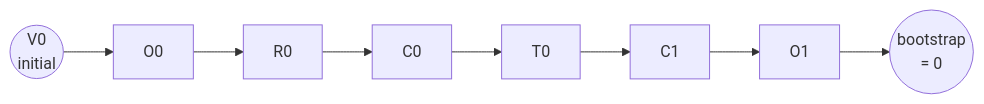
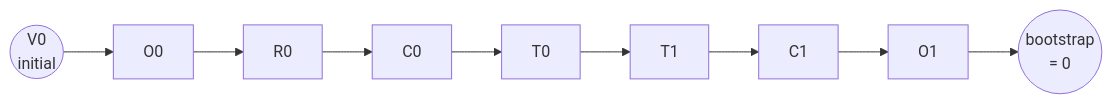
One commit to ketsuzhou/areal-ci changed the third of 8 diagrams in customized_areal/tree_search/agents/README.md. Above: the diagram before and after it, drawn with Mermaid. The commit also changed other lines of this file and 123 other files, not shown here.

````diff
--- a/customized_areal/tree_search/agents/README.md
+++ b/customized_areal/tree_search/agents/README.md
@@ -238,4 +243,4 @@
 ```mermaid
 flowchart LR
-    V0(("V0<br/>initial")) --> O0 --> R0 --> C0 --> T0 --> C1 --> O1 --> B(("bootstrap<br/>= 0"))
+    V0(("V0<br/>initial")) --> O0 --> R0 --> C0 --> T0 --> T1 --> C1 --> O1 --> B(("bootstrap<br/>= 0"))
 ```
````
